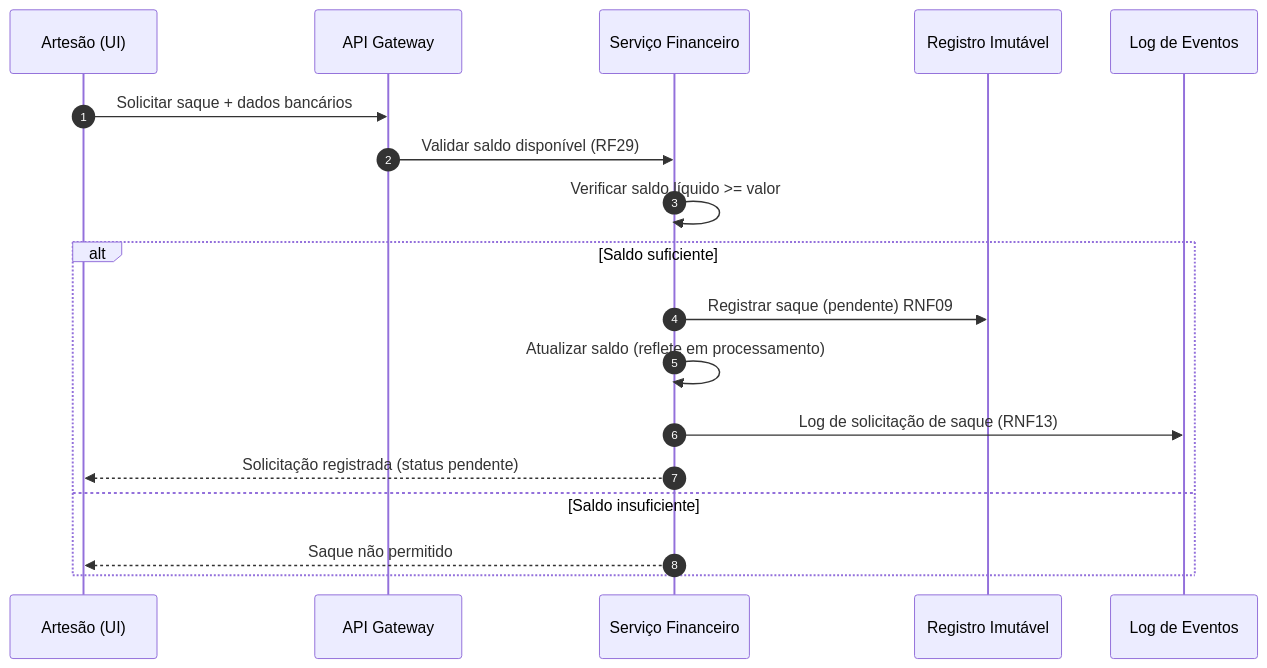
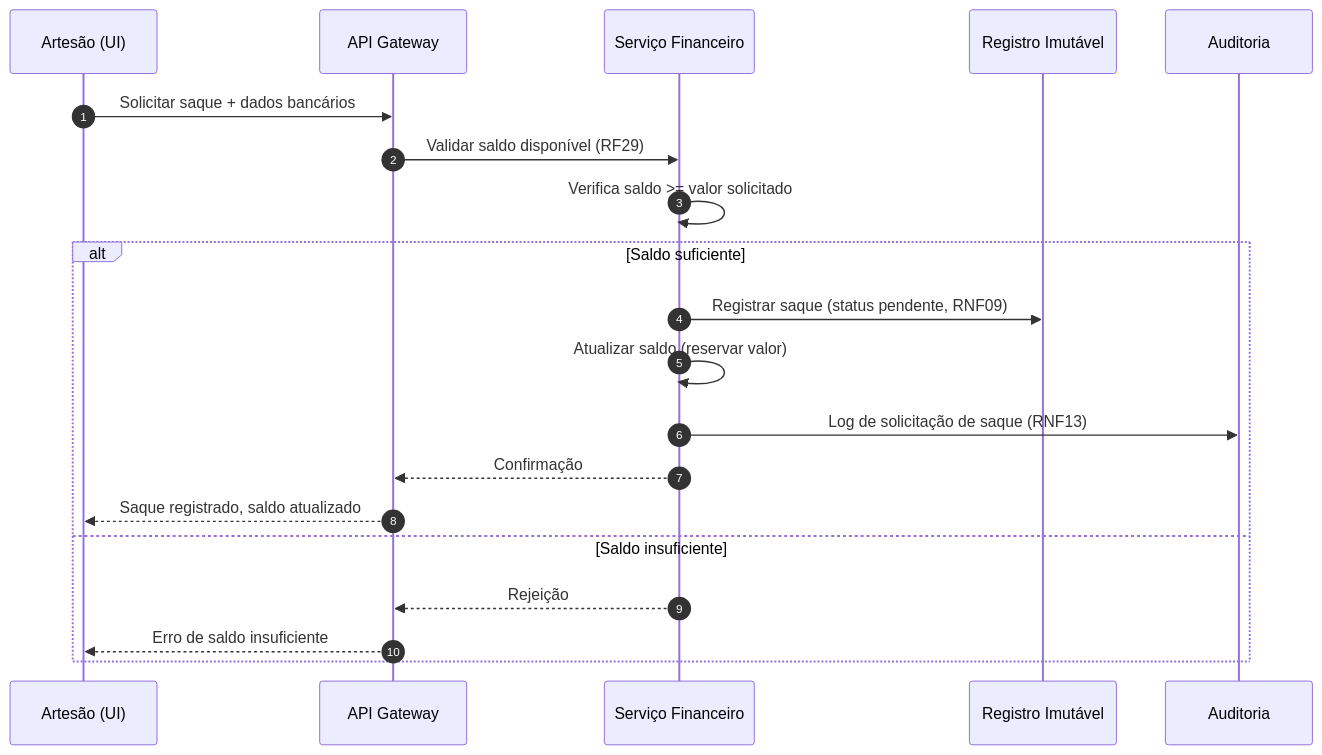
One commit to PDC-ESIA/AI4ES changed the third of 3 diagrams in docs/Time_2_Design/analise-qualitativa/outputs/relatorio_claude_opus_4_8_M03.md. Above: the diagram before and after it, drawn with Mermaid. The commit also changed other lines of this file and 107 other files, not shown here.

````diff
--- a/docs/Time_2_Design/analise-qualitativa/outputs/relatorio_claude_opus_4_8_M03.md
+++ b/docs/Time_2_Design/analise-qualitativa/outputs/relatorio_claude_opus_4_8_M03.md
@@ -141,21 +130,23 @@
 ```mermaid
 sequenceDiagram
     autonumber
     participant A as Artesão (UI)
     participant GW as API Gateway
     participant FIN as Serviço Financeiro
     participant LEDGER as Registro Imutável
-    participant LOG as Log de Eventos
+    participant LOG as Auditoria
 
     A->>GW: Solicitar saque + dados bancários
     GW->>FIN: Validar saldo disponível (RF29)
-    FIN->>FIN: Verificar saldo líquido >= valor
+    FIN->>FIN: Verifica saldo >= valor solicitado
     alt Saldo suficiente
-        FIN->>LEDGER: Registrar saque (pendente) RNF09
-        FIN->>FIN: Atualizar saldo (reflete em processamento)
+        FIN->>LEDGER: Registrar saque (status pendente, RNF09)
+        FIN->>FIN: Atualizar saldo (reservar valor)
         FIN->>LOG: Log de solicitação de saque (RNF13)
-        FIN-->>A: Solicitação registrada (status pendente)
+        FIN-->>GW: Confirmação
+        GW-->>A: Saque registrado, saldo atualizado
     else Saldo insuficiente
-        FIN-->>A: Saque não permitido
+        FIN-->>GW: Rejeição
+        GW-->>A: Erro de saldo insuficiente
     end
 ```
````
